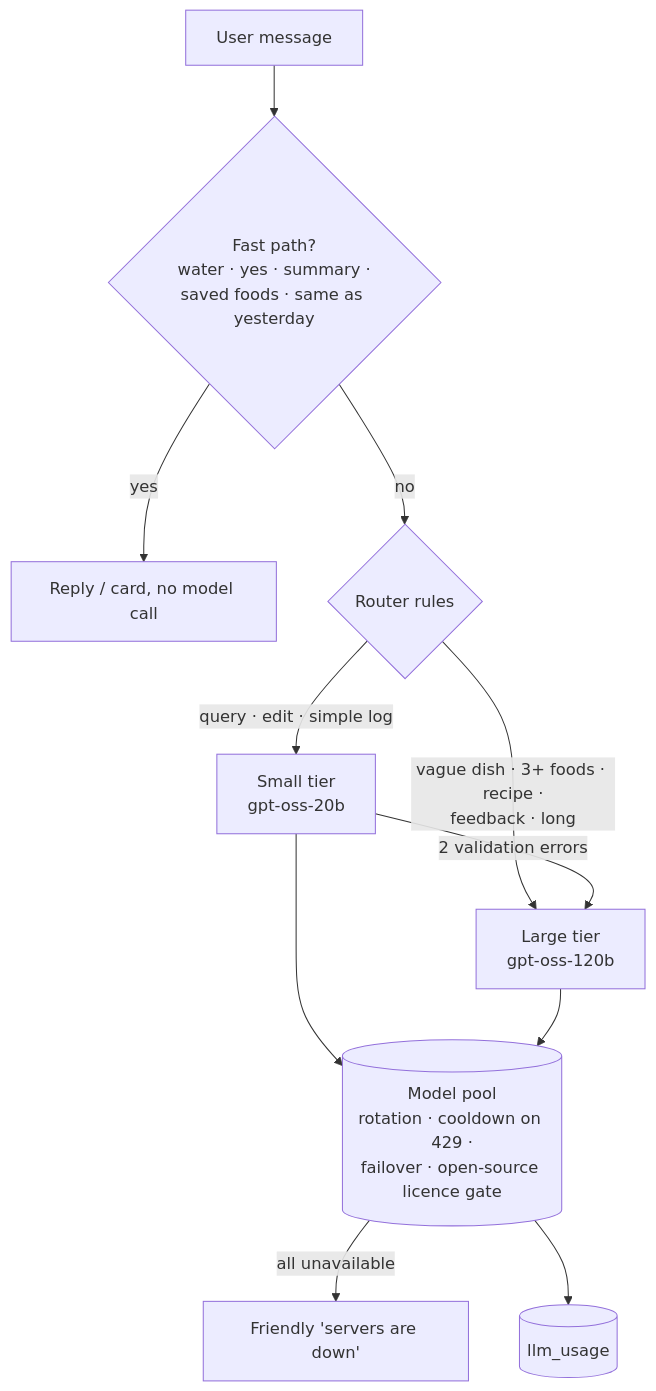
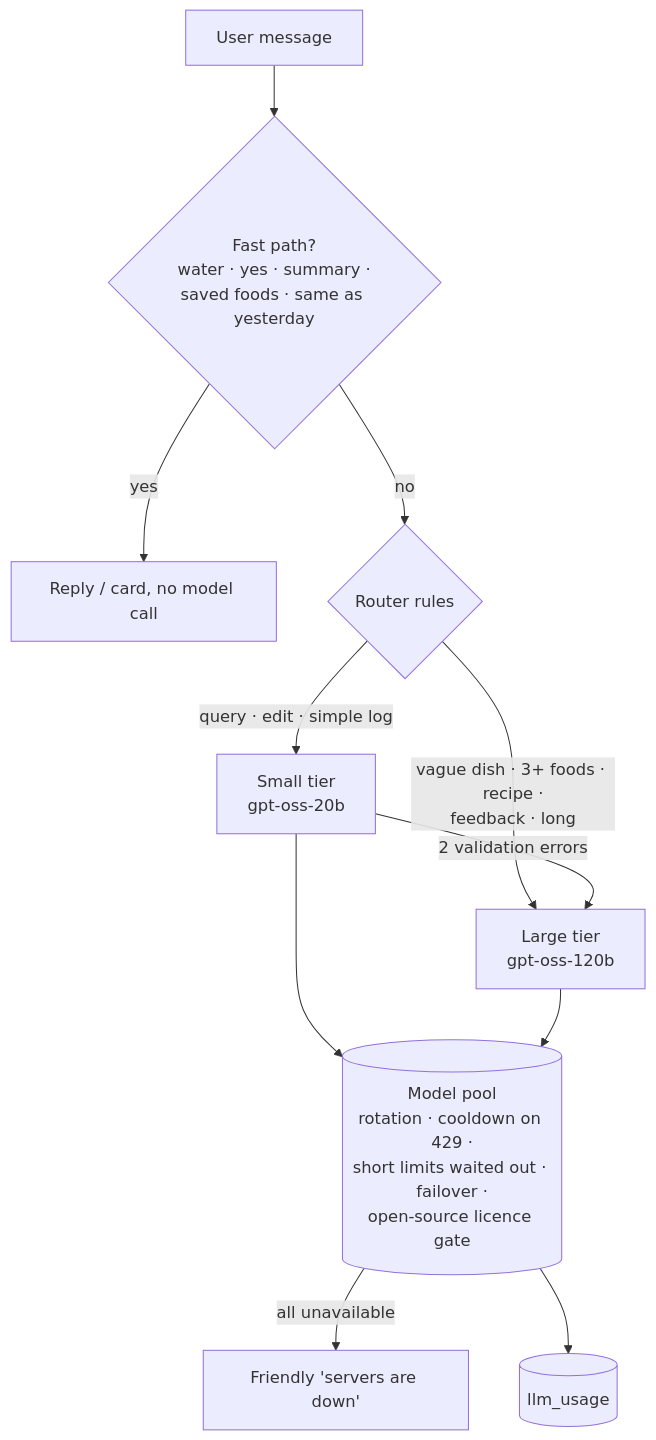
Before and after one commit to NeoAnushka21/tracker_poc: the fifth of 8 diagrams in docs/hld.md, drawn with Mermaid. The commit also changed other lines of this file and 6 other files, not shown here.

First line of the commit message:
Fix live chat failures: nullable micronutrients in the tool schema; wait out short rate limits

````diff
--- a/docs/hld.md
+++ b/docs/hld.md
@@ -118,12 +118,12 @@
 ```mermaid
 flowchart TD
     M[User message] --> F{Fast path?<br/>water · yes · summary ·<br/>saved foods · same as yesterday}
     F -->|yes| C[Reply / card, no model call]
     F -->|no| R{Router rules}
     R -->|query · edit · simple log| S[Small tier<br/>gpt-oss-20b]
     R -->|vague dish · 3+ foods · recipe ·<br/>feedback · long| L[Large tier<br/>gpt-oss-120b]
     S -->|2 validation errors| L
-    S & L --> P[(Model pool<br/>rotation · cooldown on 429 ·<br/>failover · open-source licence gate)]
+    S & L --> P[(Model pool<br/>rotation · cooldown on 429 ·<br/>short limits waited out · failover ·<br/>open-source licence gate)]
     P -->|all unavailable| E[Friendly 'servers are down']
     P --> U[(llm_usage)]
 ```
````
